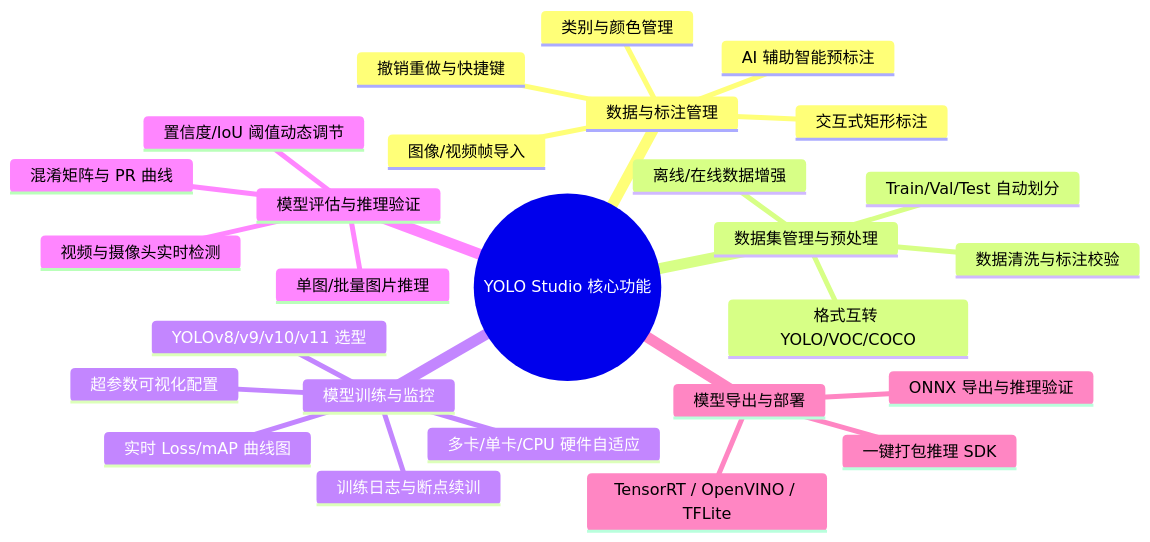
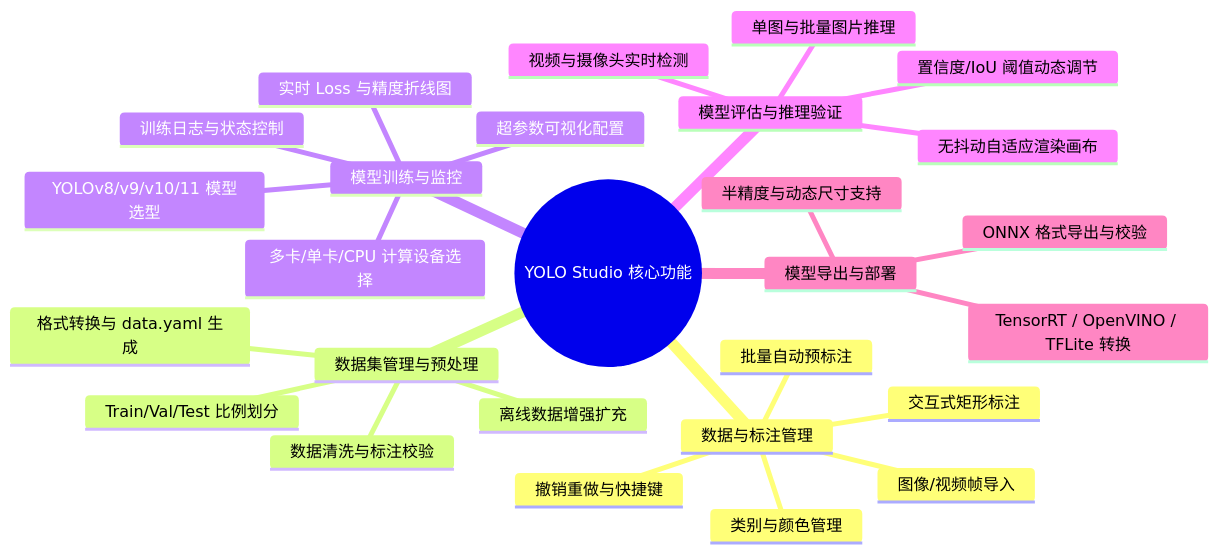
Before and after one commit to Messer2024/Yolo_Model_Training: the diagram in Doc/02_REQUIREMENTS_SPECIFICATION.md, drawn with Mermaid. The commit also changed other lines of this file and 28 other files, not shown here.

````diff
--- a/Doc/02_REQUIREMENTS_SPECIFICATION.md
+++ b/Doc/02_REQUIREMENTS_SPECIFICATION.md
@@ -23,30 +23,30 @@
 ```mermaid
 mindmap
   root((YOLO Studio 核心功能))
     数据与标注管理
       图像/视频帧导入
       交互式矩形标注
       类别与颜色管理
-      AI 辅助智能预标注
+      批量自动预标注
       撤销重做与快捷键
     数据集管理与预处理
-      Train/Val/Test 自动划分
+      Train/Val/Test 比例划分
       数据清洗与标注校验
-      格式互转 YOLO/VOC/COCO
-      离线/在线数据增强
+      格式转换与 data.yaml 生成
+      离线数据增强扩充
     模型训练与监控
-      YOLOv8/v9/v10/v11 选型
-      多卡/单卡/CPU 硬件自适应
+      YOLOv8/v9/v10/11 模型选型
+      多卡/单卡/CPU 计算设备选择
       超参数可视化配置
-      实时 Loss/mAP 曲线图
-      训练日志与断点续训
+      实时 Loss 与精度折线图
+      训练日志与状态控制
     模型评估与推理验证
-      混淆矩阵与 PR 曲线
-      单图/批量图片推理
+      单图与批量图片推理
       视频与摄像头实时检测
       置信度/IoU 阈值动态调节
+      无抖动自适应渲染画布
     模型导出与部署
-      ONNX 导出与推理验证
-      TensorRT / OpenVINO / TFLite
-      一键打包推理 SDK
+      ONNX 格式导出与校验
+      TensorRT / OpenVINO / TFLite 转换
+      半精度与动态尺寸支持
 ```
````
